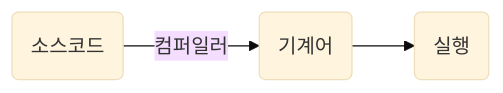
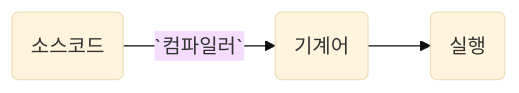
One commit to colinder/colinder.github.io changed the second of 2 diagrams in interpretervscompiler_language/index.md. Above: the diagram before and after it, drawn with Mermaid (base theme). The commit also changed other lines of this file and 45 other files, not shown here.

```diff
--- a/interpretervscompiler_language/index.md
+++ b/interpretervscompiler_language/index.md
@@ -51,5 +53,5 @@
   {{< mermaid >}}
   graph LR;
-      A(소스코드) -->|컴퍼일러| B(기계어) --> C(실행)
+      A(소스코드) -->|`컴파일러`| B(기계어) --> C(실행)
 
   {{< /mermaid >}}
```
